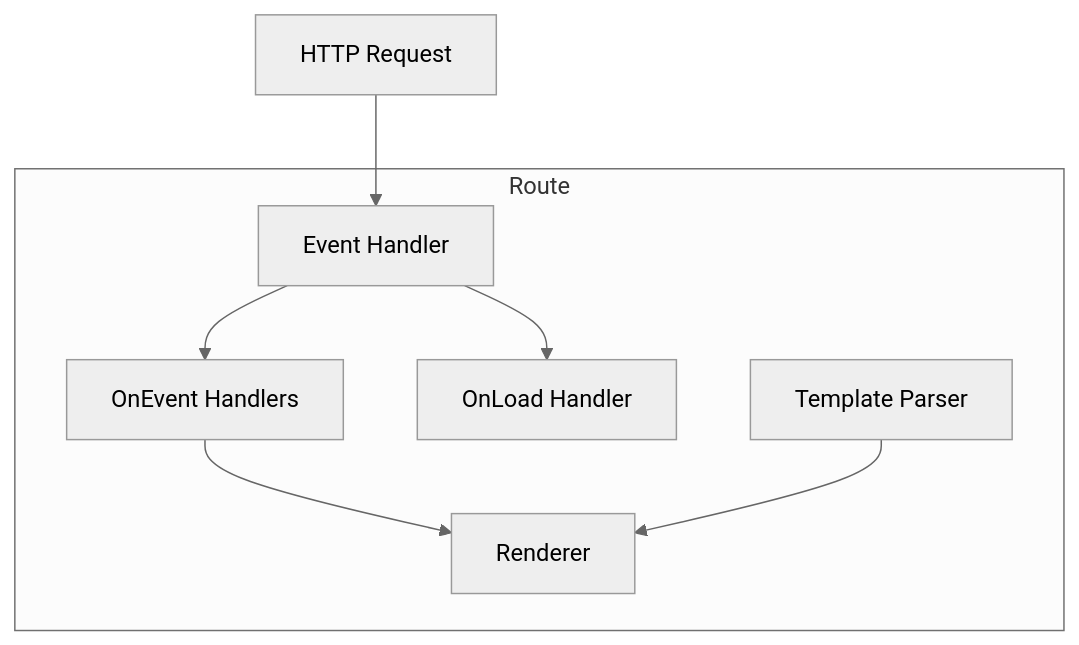
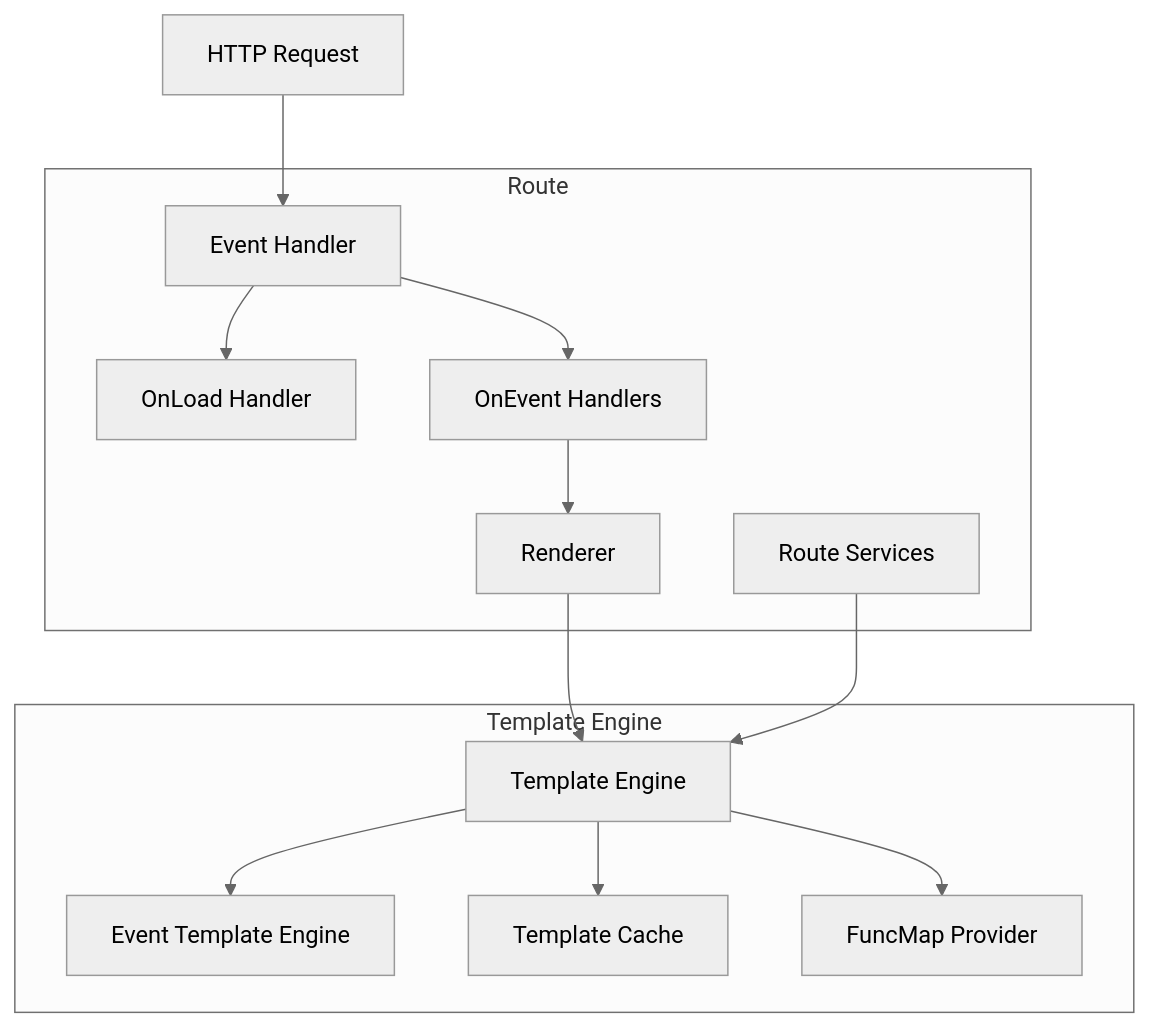
One commit to livefir/fir changed the fifth of 15 diagrams in ARCHITECTURE.md. Above: the diagram before and after it, drawn with Mermaid (neutral theme). The commit also changed other lines of this file, not shown here.

First line of the commit message:
Update ARCHITECTURE.md: Comprehensive Template Engine Refactoring Documentation

````diff
--- a/ARCHITECTURE.md
+++ b/ARCHITECTURE.md
@@ -227,16 +248,27 @@
 ```mermaid
 graph TB
     subgraph "Route"
-        TemplateParser[Template Parser]
+        RouteServices[Route Services]
         EventHandler[Event Handler]
         Renderer[Renderer]
         OnLoad[OnLoad Handler]
         OnEvent[OnEvent Handlers]
     end
     
+    subgraph "Template Engine"
+        TemplateEngine[Template Engine]
+        EventTemplateEngine[Event Template Engine]
+        TemplateCache[Template Cache]
+        FuncMapProvider[FuncMap Provider]
+    end
+    
     Request[HTTP Request] --> EventHandler
     EventHandler --> OnLoad
     EventHandler --> OnEvent
     OnEvent --> Renderer
-    TemplateParser --> Renderer
+    Renderer --> TemplateEngine
+    RouteServices --> TemplateEngine
+    TemplateEngine --> EventTemplateEngine
+    TemplateEngine --> TemplateCache
+    TemplateEngine --> FuncMapProvider
 ```
````
